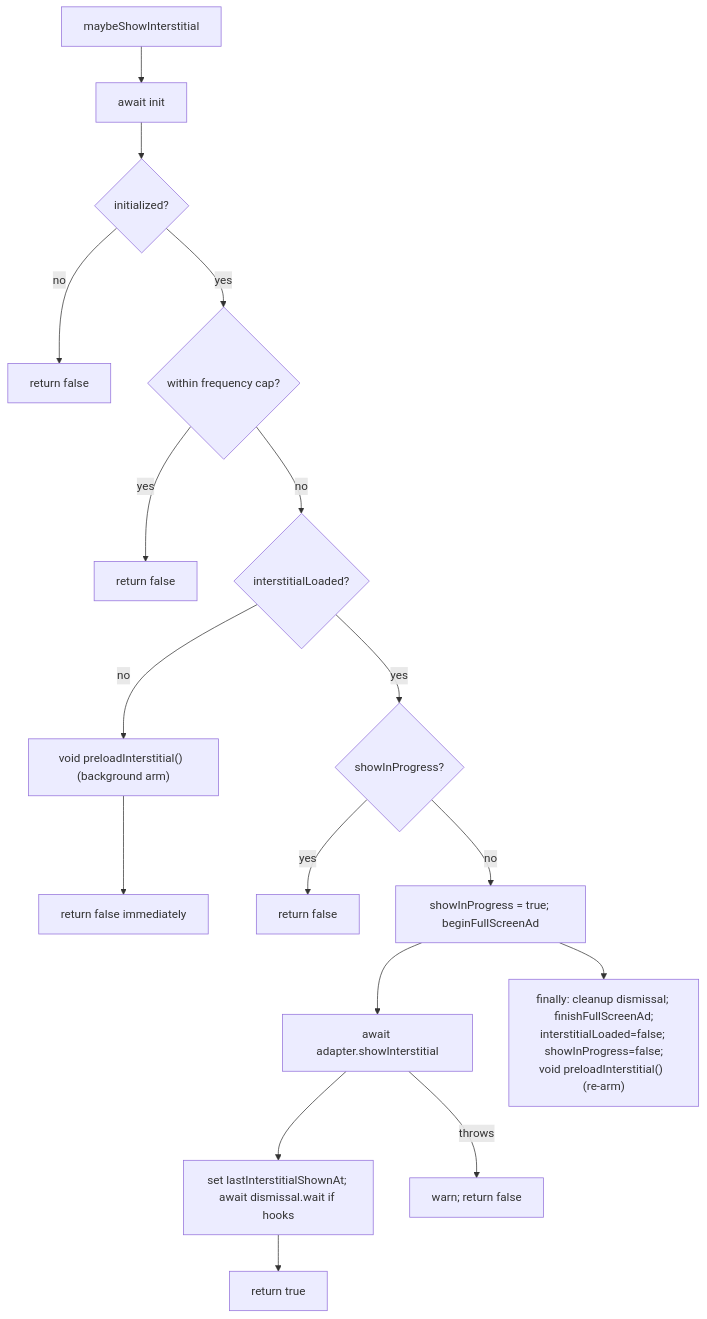
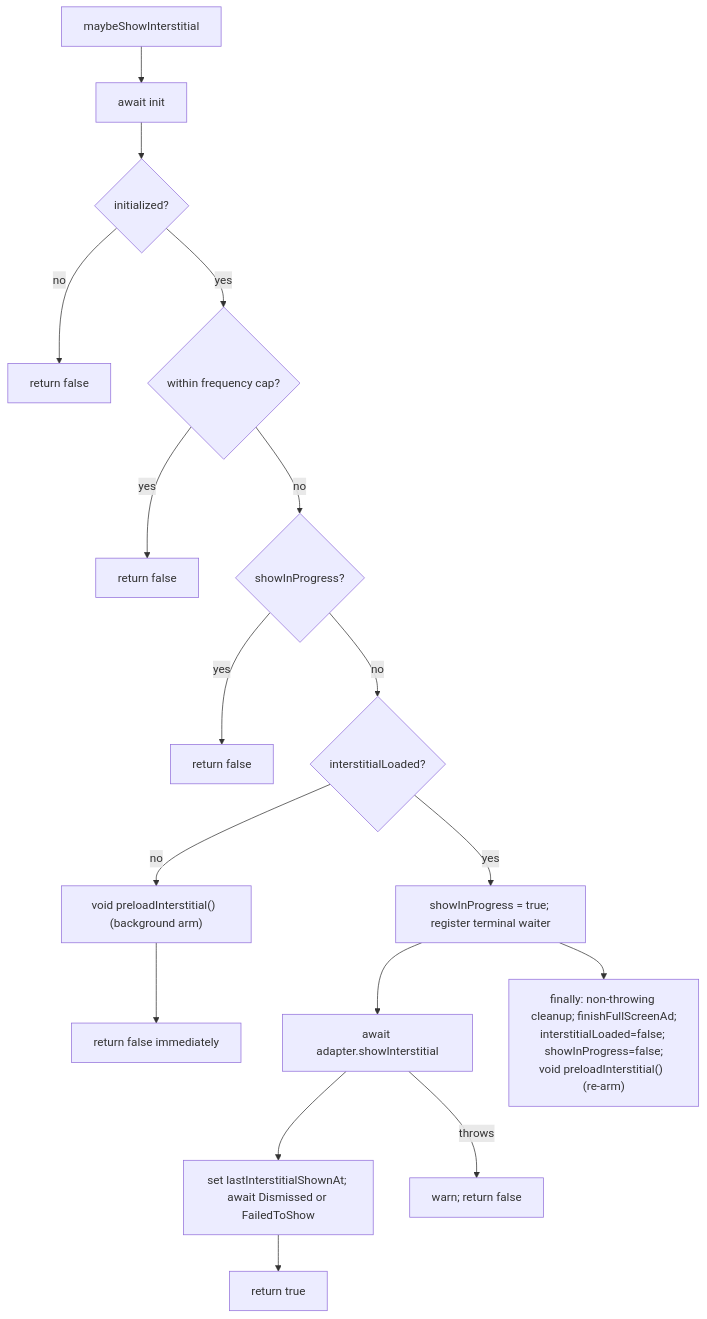
One commit to batu/fabrikav2 changed the first of 2 diagrams in docs/plans/2026-07-10-001-fix-admob-interstitial-ready-only-rearm-plan.md. Above: the diagram before and after it, drawn with Mermaid. The commit also changed other lines of this file, not shown here.

````diff
--- a/docs/plans/2026-07-10-001-fix-admob-interstitial-ready-only-rearm-plan.md
+++ b/docs/plans/2026-07-10-001-fix-admob-interstitial-ready-only-rearm-plan.md
@@ -162,18 +169,18 @@
 ```mermaid
 flowchart TD
   A[maybeShowInterstitial] --> B[await init]
   B --> C{initialized?}
   C -- no --> F0[return false]
   C -- yes --> D{within frequency cap?}
   D -- yes --> F1[return false]
-  D -- no --> E{interstitialLoaded?}
+  D -- no --> H{showInProgress?}
+  H -- yes --> F3[return false]
+  H -- no --> E{interstitialLoaded?}
   E -- no --> G["void preloadInterstitial()  (background arm)"] --> F2[return false immediately]
-  E -- yes --> H{showInProgress?}
-  H -- yes --> F3[return false]
-  H -- no --> I[showInProgress = true; beginFullScreenAd]
+  E -- yes --> I[showInProgress = true; register terminal waiter]
   I --> J[await adapter.showInterstitial]
-  J --> K[set lastInterstitialShownAt; await dismissal.wait if hooks]
+  J --> K[set lastInterstitialShownAt; await Dismissed or FailedToShow]
   K --> R[return true]
   J -- throws --> S[warn; return false]
-  I --> Z["finally: cleanup dismissal; finishFullScreenAd;\ninterstitialLoaded=false; showInProgress=false;\nvoid preloadInterstitial()  (re-arm)"]
+  I --> Z["finally: non-throwing cleanup; finishFullScreenAd;\ninterstitialLoaded=false; showInProgress=false;\nvoid preloadInterstitial()  (re-arm)"]
 ```
````
